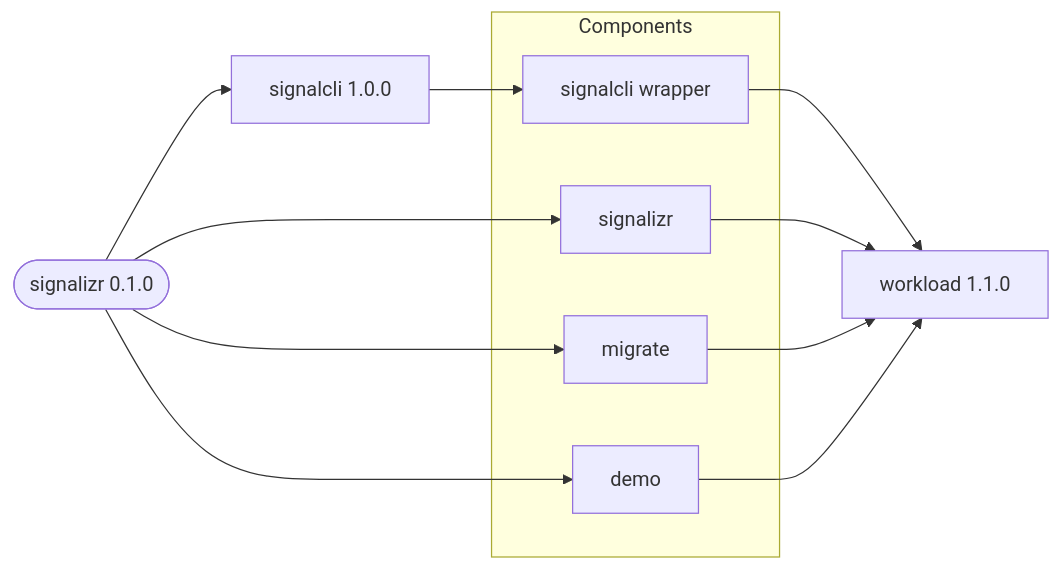
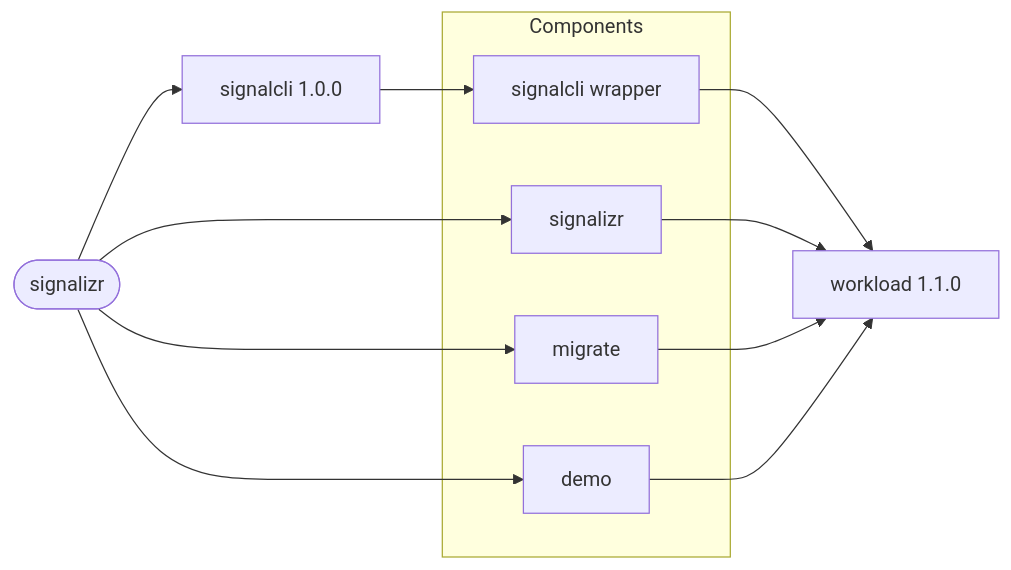
Before and after one commit to f2calv/signalizr: the diagram in charts/signalizr/README.md, drawn with Mermaid. The commit also changed other lines of this file and 1 other file, not shown here.

First line of the commit message:
docs(helm): document chart deployment

````diff
--- a/charts/signalizr/README.md
+++ b/charts/signalizr/README.md
@@ -10,17 +15,17 @@
 ```mermaid
 graph LR
-  SignalizrChart([signalizr 0.1.0])
+  SignalizrChart([signalizr])
   SignalCliChart[signalcli 1.0.0]
   Workload[workload 1.1.0]
 
   subgraph Components[Components]
     SignalCli[signalcli wrapper]
     Gateway[signalizr]
     Migrator[migrate]
     Demo[demo]
   end
 
   SignalizrChart --> SignalCliChart & Gateway & Migrator & Demo
   SignalCliChart --> SignalCli
   SignalCli & Gateway & Migrator & Demo --> Workload
 ```
````
